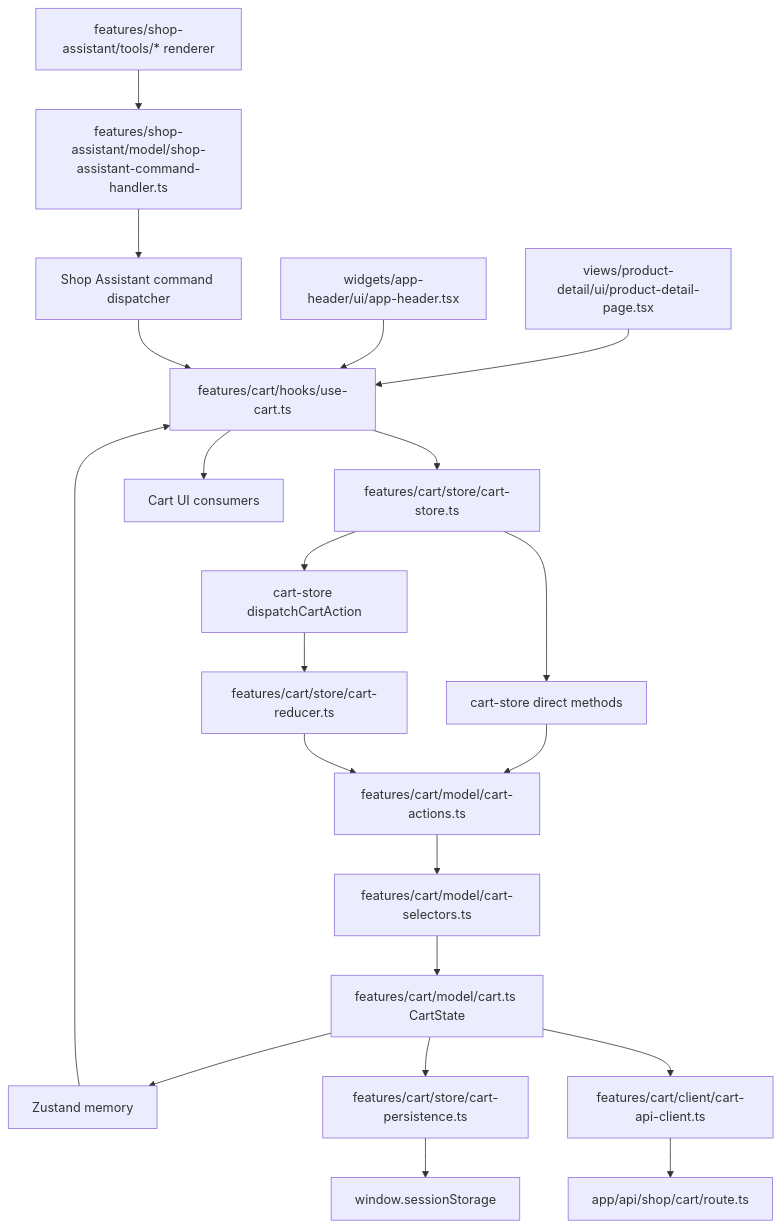
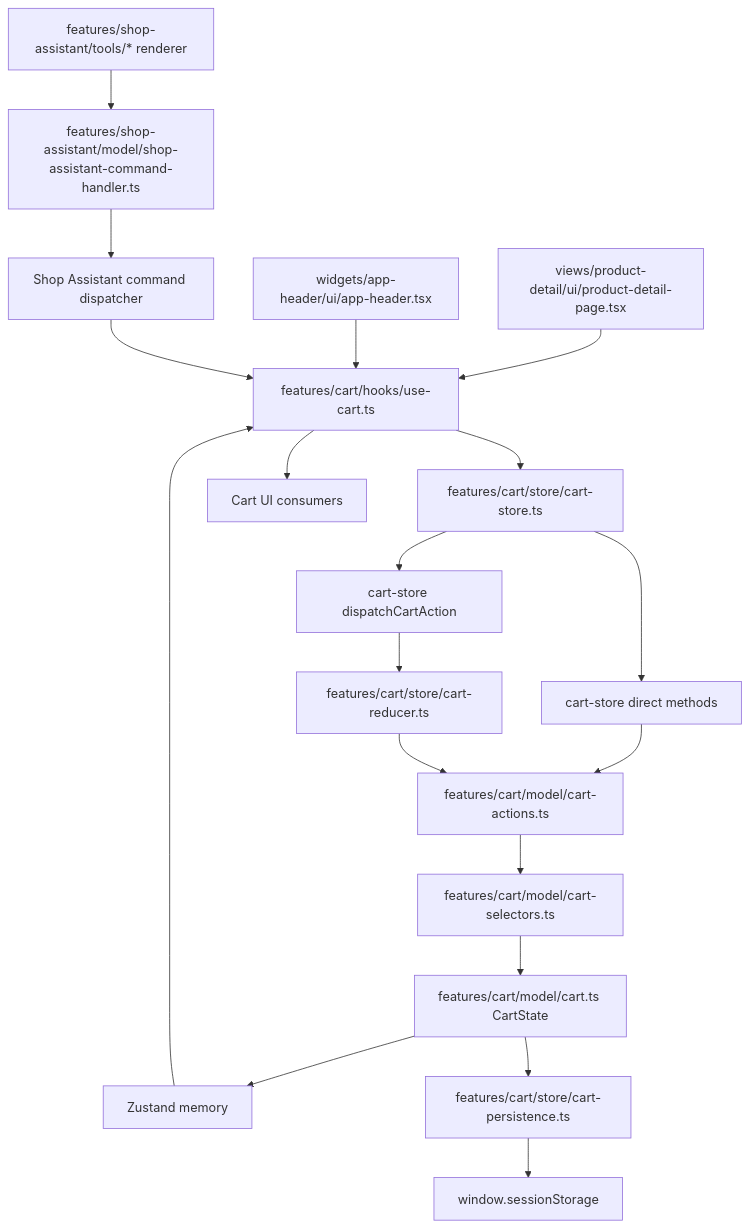
Before and after one commit to SheriffKoder/shopmate-ai-product-assistant: the diagram in features/cart/architecture.md, drawn with Mermaid. The commit also changed other lines of this file and 4 other files, not shown here.

````diff
--- a/features/cart/architecture.md
+++ b/features/cart/architecture.md
@@ -5,27 +5,24 @@
 ```mermaid
 flowchart TD
     ProductPage[views/product-detail/ui/product-detail-page.tsx] --> Hook[features/cart/hooks/use-cart.ts]
     Header[widgets/app-header/ui/app-header.tsx] --> Hook
     Assistant[features/shop-assistant/tools/* renderer] --> Command[features/shop-assistant/model/shop-assistant-command-handler.ts]
     Command --> Handler[Shop Assistant command dispatcher]
     Handler --> Hook
 
     Hook --> Store[features/cart/store/cart-store.ts]
 
     Store --> Direct[cart-store direct methods]
     Store --> Dispatch[cart-store dispatchCartAction]
     Dispatch --> Reducer[features/cart/store/cart-reducer.ts]
     Direct --> Actions[features/cart/model/cart-actions.ts]
     Reducer --> Actions
     Actions --> Selectors[features/cart/model/cart-selectors.ts]
     Selectors --> NextState[features/cart/model/cart.ts CartState]
 
     NextState --> Memory[Zustand memory]
     NextState --> Persist[features/cart/store/cart-persistence.ts]
     Persist --> Session[window.sessionStorage]
-    NextState --> ApiClient[features/cart/client/cart-api-client.ts]
-    ApiClient --> ApiRoute[app/api/shop/cart/route.ts]
-
     Memory --> Hook
     Hook --> Consumers[Cart UI consumers]
 ```
````
